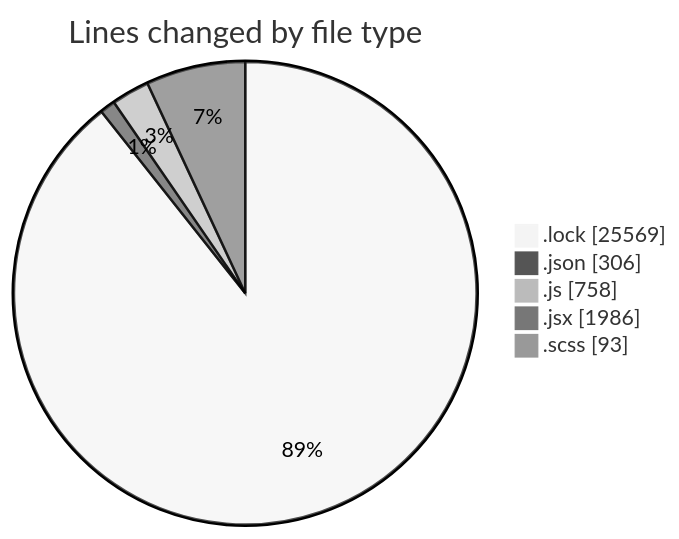
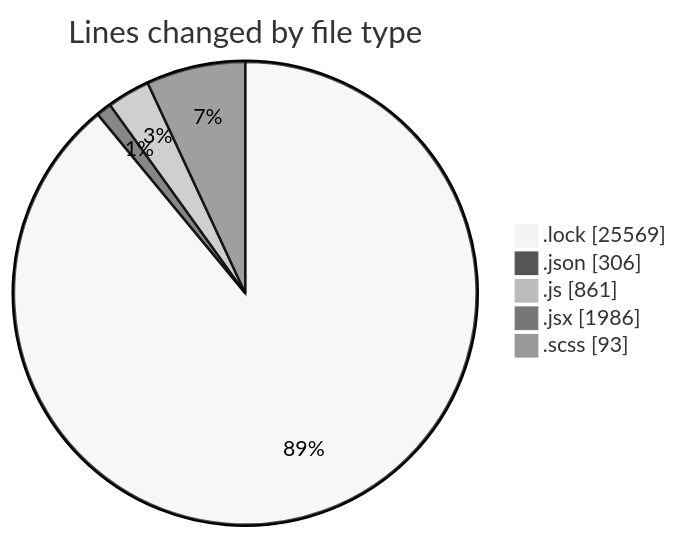
The first of 2 diagrams in 2026-01-07/cda/README.md (momahboobian/code-tracking), drawn with Mermaid (neutral theme) before and after one commit. The commit also changed other lines of this file and 1 other file, not shown here.

````diff
--- a/2026-01-07/cda/README.md
+++ b/2026-01-07/cda/README.md
@@ -40,9 +41,9 @@
 ```mermaid
 pie showData
 title Lines changed by file type
 ".lock" : 25569
 ".json" : 306
-".js" : 758
+".js" : 861
 ".jsx" : 1986
 ".scss" : 93
 ```
````
